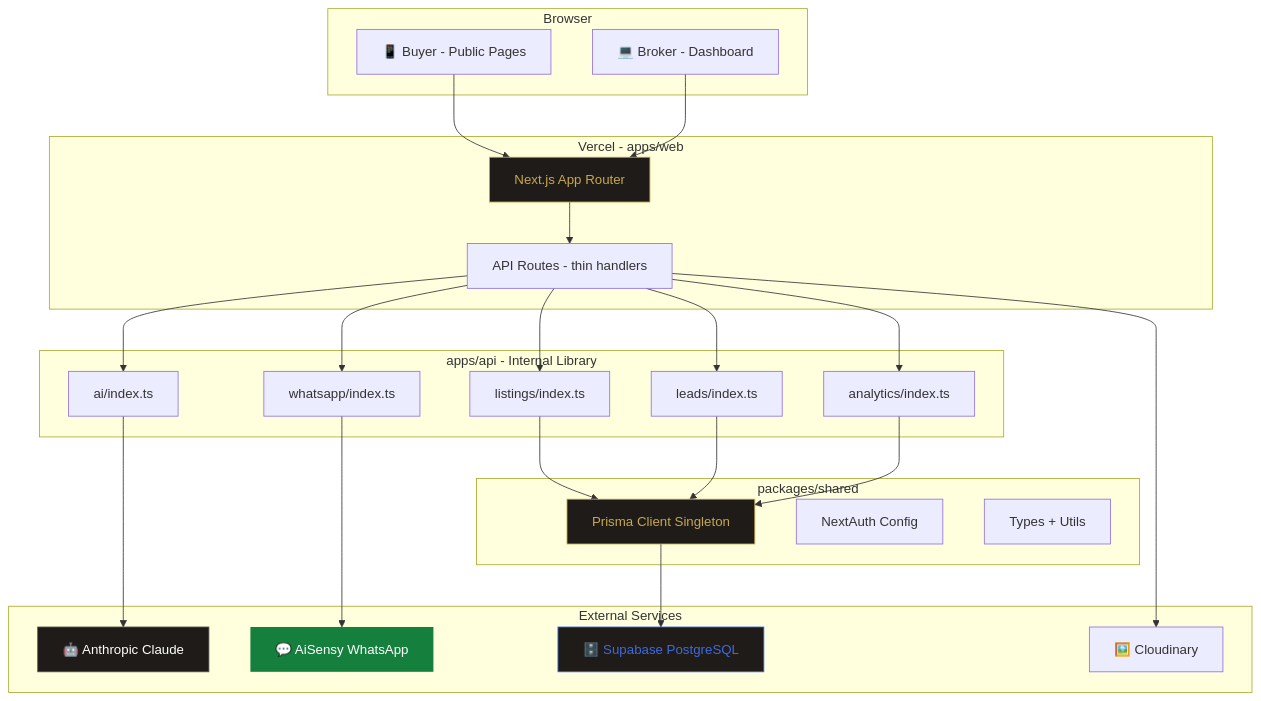
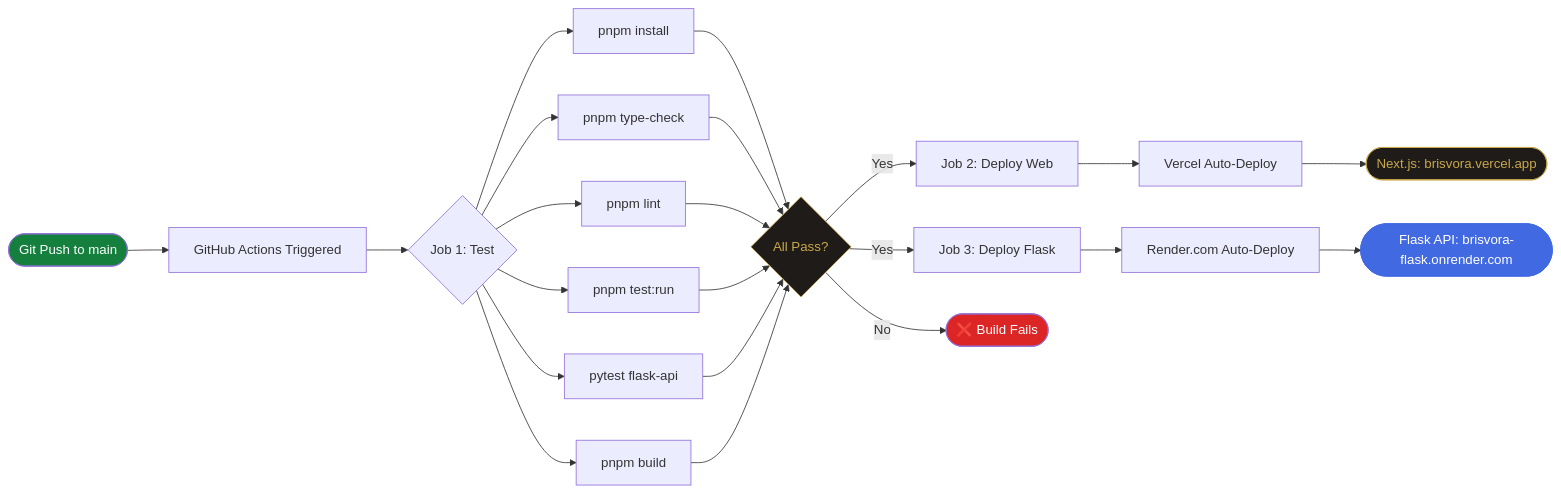
Before and after one commit to DeadCoder-N/Soryvanta: the fourth of 5 diagrams in README.md, drawn with Mermaid. The commit also changed other lines of this file and 28 other files, not shown here.

First line of the commit message:
feat: SEO routes, Flask microservice, 3-level fallback chain, lead enquiry forms

````diff
--- a/README.md
+++ b/README.md
@@ -886,55 +848,35 @@
 ```mermaid
-graph TD
-    subgraph Browser
-        A[📱 Buyer - Public Pages]
-        B[💻 Broker - Dashboard]
-    end
-
-    subgraph Vercel - apps/web
-        C[Next.js App Router]
-        D[API Routes - thin handlers]
-    end
-
-    subgraph apps/api - Internal Library
-        E[ai/index.ts]
-        F[whatsapp/index.ts]
-        G[listings/index.ts]
-        H[leads/index.ts]
-        I[analytics/index.ts]
-    end
-
-    subgraph packages/shared
-        J[Prisma Client Singleton]
-        K[NextAuth Config]
-        L[Types + Utils]
-    end
-
-    subgraph External Services
-        M[🤖 Anthropic Claude]
-        N[💬 AiSensy WhatsApp]
-        O[🖼️ Cloudinary]
-        P[🗄️ Supabase PostgreSQL]
-    end
-
-    A --> C
-    B --> C
-    C --> D
-    D --> E
-    D --> F
-    D --> G
-    D --> H
-    D --> I
-    E --> M
-    F --> N
-    G --> J
-    H --> J
-    I --> J
-    J --> P
-    D --> O
-
-    style C fill:#1e1b18,color:#C9A84C,stroke:#C9A84C
+flowchart LR
+    A([Git Push to main]) --> B[GitHub Actions Triggered]
+    B --> C{Job 1: Test}
+    
+    C --> C1[pnpm install]
+    C --> C2[pnpm type-check]
+    C --> C3[pnpm lint]
+    C --> C4[pnpm test:run]
+    C --> C5[pytest flask-api]
+    C --> C6[pnpm build]
+    
+    C1 --> D{All Pass?}
+    C2 --> D
+    C3 --> D
+    C4 --> D
+    C5 --> D
+    C6 --> D
+    
+    D -->|Yes| E[Job 2: Deploy Web]
+    D -->|Yes| F[Job 3: Deploy Flask]
+    D -->|No| G([❌ Build Fails])
+    
+    E --> H[Vercel Auto-Deploy]
+    F --> I[Render.com Auto-Deploy]
+    
+    H --> J([Next.js: brisvora.vercel.app])
+    I --> K([Flask API: brisvora-flask.onrender.com])
+    
+    style A fill:#15803D,color:#fff
+    style G fill:#DC2626,color:#fff
     style J fill:#1e1b18,color:#C9A84C,stroke:#C9A84C
-    style M fill:#1e1b18,color:#fff,stroke:#555
-    style N fill:#15803D,color:#fff,stroke:none
-    style P fill:#1e1b18,color:#4169E1,stroke:#4169E1
+    style K fill:#4169E1,color:#fff,stroke:#4169E1
+    style D fill:#1e1b18,color:#C9A84C,stroke:#C9A84C
 ```
````
